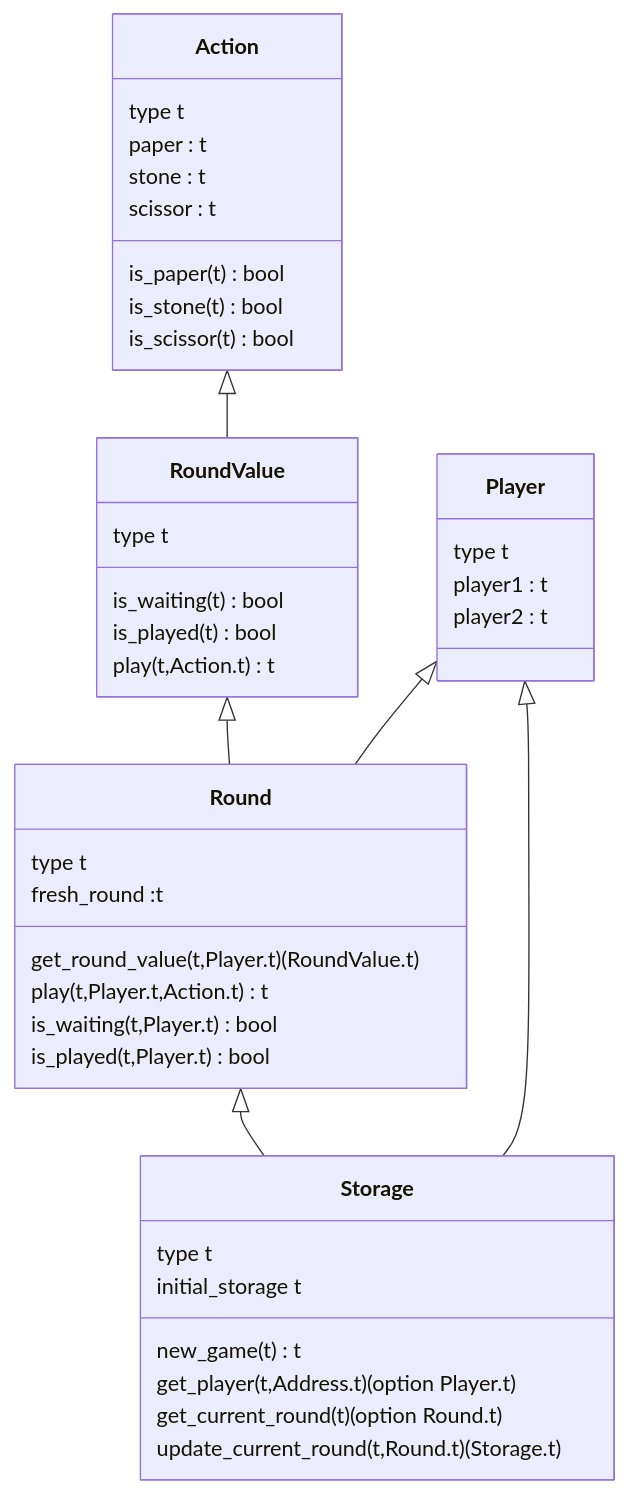
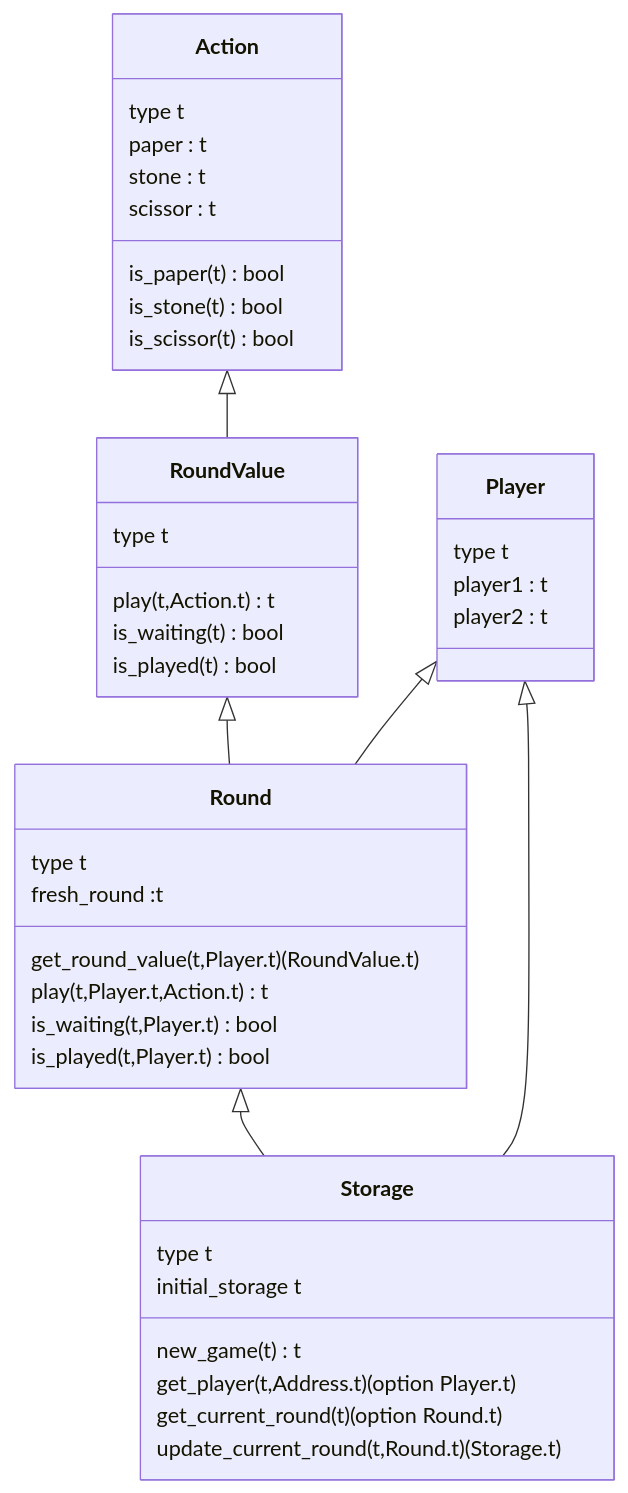
Before and after one commit to ligolang/jsligo-training-dapp-shifumi: the sixth of 6 diagrams in v1/README.md, drawn with Mermaid.

````diff
--- a/v1/README.md
+++ b/v1/README.md
@@ -107,49 +107,49 @@
 ```mermaid
 classDiagram
     Action <|-- RoundValue
     RoundValue <|-- Round
     Round <|-- Storage
     Player <|-- Round
     Player <|-- Storage
 
     class Action{
          type t
          paper : t
          stone : t
          scissor : t
          is_paper(t) bool
          is_stone(t) bool
          is_scissor(t) bool
     }
             
     class Player{
          type t
          player1 : t
          player2 : t
     }
 
     class RoundValue{
          type t
-         is_waiting(t) bool
+         play(t,Action.t) t
+         is_waiting(t) bool 
          is_played(t) bool
-         play(t,Action.t) t
     }
 
     class Round{
          type t
          fresh_round :t
          get_round_value(t,Player.t) (RoundValue.t)
          play(t,Player.t,Action.t) t
          is_waiting(t,Player.t) bool
          is_played(t,Player.t) bool
     }
 
     class Storage{
          type t
          initial_storage t
          new_game(t) t
          get_player(t,Address.t) (option Player.t)
          get_current_round(t) (option Round.t)
          update_current_round(t,Round.t) (Storage.t)
     }
 ```
````
